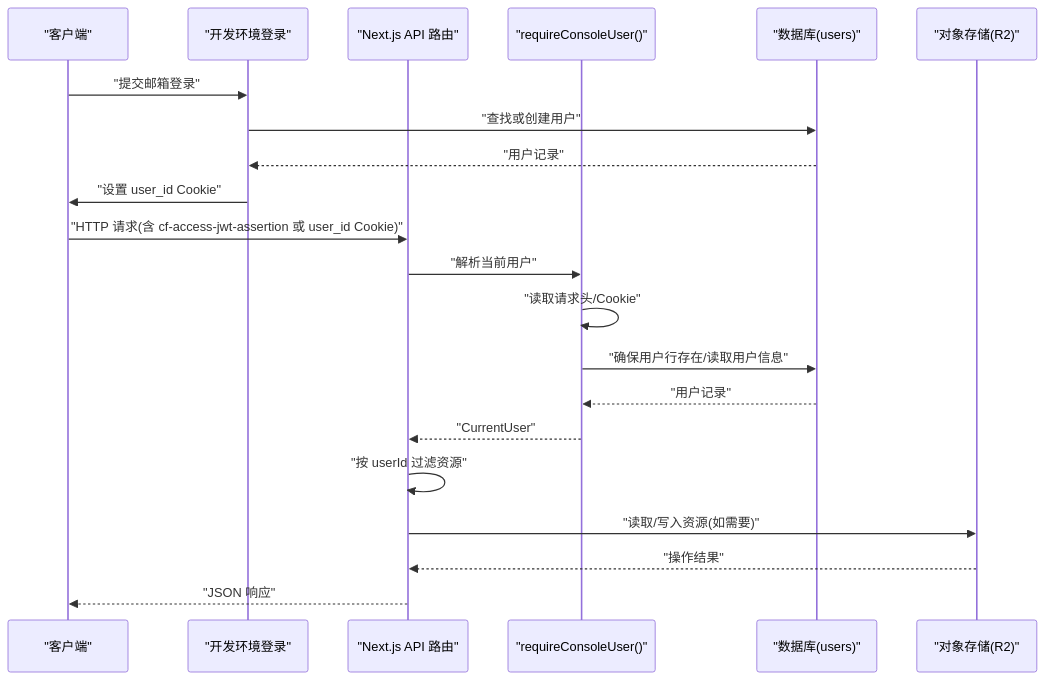
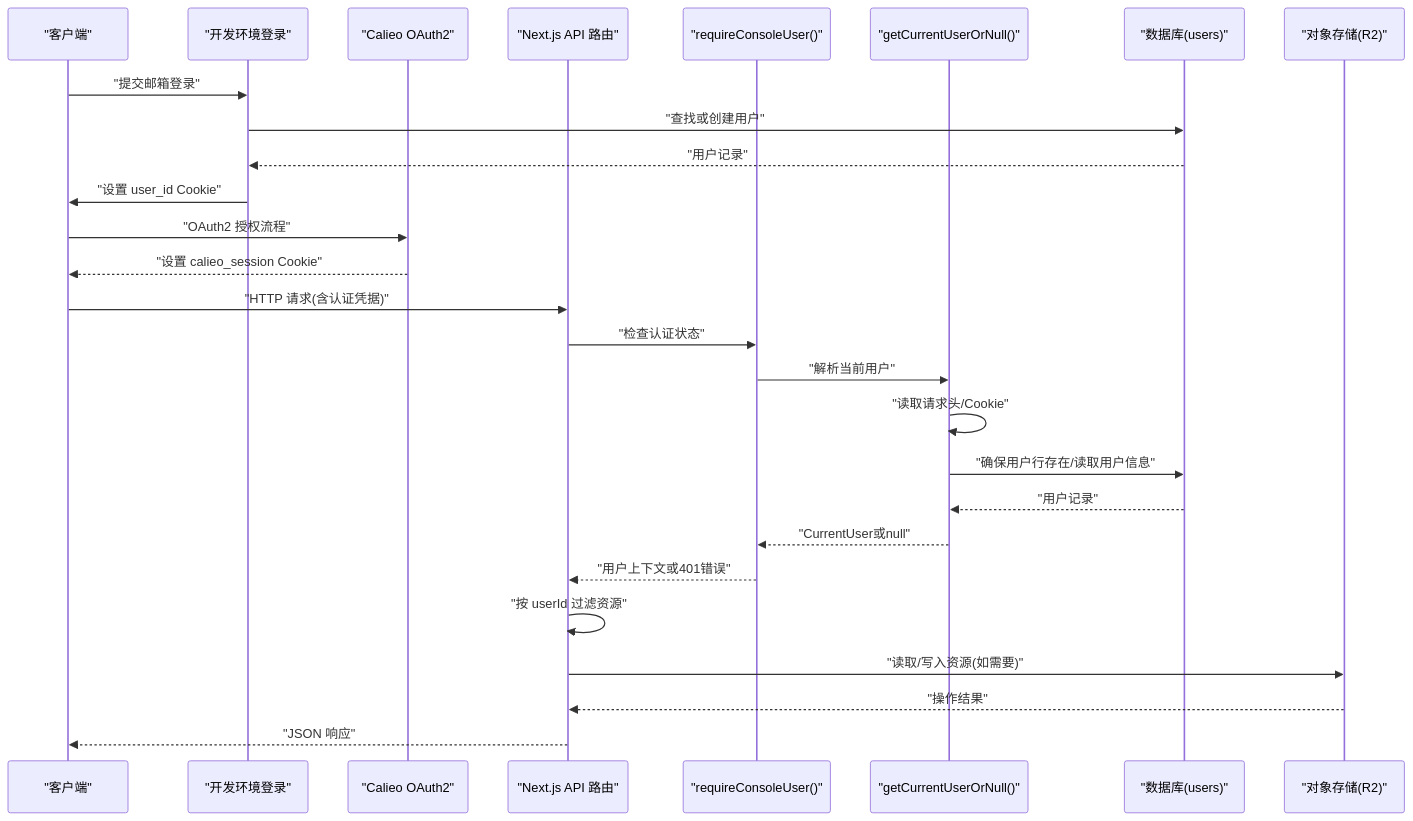
The second of 8 diagrams in .qoder/repowiki/zh/content/核心模块/认证系统.md (pnnh/weable), drawn with Mermaid before and after one commit. The commit also changed other lines of this file and 133 other files, not shown here.

Commit message:
实现基于浏览器自带AI识别图片内容功能

````diff
--- a/.qoder/repowiki/zh/content/核心模块/认证系统.md
+++ b/.qoder/repowiki/zh/content/核心模块/认证系统.md
@@ -107,23 +118,29 @@
 ```mermaid
 sequenceDiagram
 participant Client as "客户端"
 participant SignIn as "开发环境登录"
+participant Calieo as "Calieo OAuth2"
 participant NextAPI as "Next.js API 路由"
-participant Auth as "requireConsoleUser()"
+participant Gate as "requireConsoleUser()"
+participant Auth as "getCurrentUserOrNull()"
 participant DB as "数据库(users)"
 participant Storage as "对象存储(R2)"
 Client->>SignIn : "提交邮箱登录"
 SignIn->>DB : "查找或创建用户"
 DB-->>SignIn : "用户记录"
 SignIn->>Client : "设置 user_id Cookie"
-Client->>NextAPI : "HTTP 请求(含 cf-access-jwt-assertion 或 user_id Cookie)"
-NextAPI->>Auth : "解析当前用户"
+Client->>Calieo : "OAuth2 授权流程"
+Calieo-->>Client : "设置 calieo_session Cookie"
+Client->>NextAPI : "HTTP 请求(含认证凭据)"
+NextAPI->>Gate : "检查认证状态"
+Gate->>Auth : "解析当前用户"
 Auth->>Auth : "读取请求头/Cookie"
 Auth->>DB : "确保用户行存在/读取用户信息"
 DB-->>Auth : "用户记录"
-Auth-->>NextAPI : "CurrentUser"
+Auth-->>Gate : "CurrentUser或null"
+Gate-->>NextAPI : "用户上下文或401错误"
 NextAPI->>NextAPI : "按 userId 过滤资源"
 NextAPI->>Storage : "读取/写入资源(如需要)"
 Storage-->>NextAPI : "操作结果"
 NextAPI-->>Client : "JSON 响应"
 ```
````
